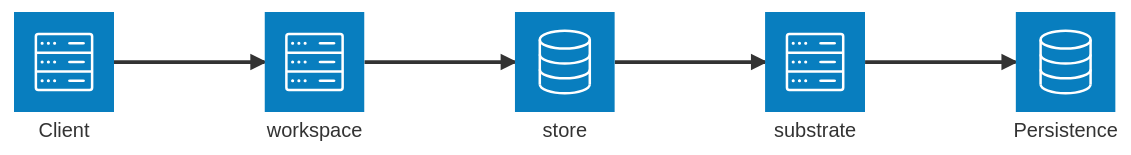
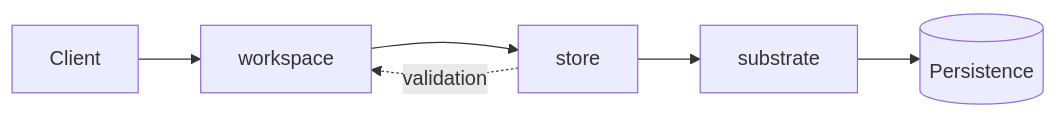
One commit to Gubbi/pari changed the fourth of 7 diagrams in docs/design/framework.md. Above: the diagram before and after it, drawn with Mermaid. The commit also changed other lines of this file and 2 other files, not shown here.

````diff
--- a/docs/design/framework.md
+++ b/docs/design/framework.md
@@ -82,13 +82,14 @@
 ```mermaid
-architecture-beta
-    service client(server)[Client]
-    service workspace(server)[workspace]
-    service store(database)[store]
-    service substrate(server)[substrate]
-    service persistence(database)[Persistence]
+flowchart LR
+    client[Client]
+    workspace[workspace]
+    store[store]
+    substrate[substrate]
+    persistence[(Persistence)]
 
-    client:R --> L:workspace
-    workspace:R --> L:store
-    store:R --> L:substrate
-    substrate:R --> L:persistence
+    client --> workspace
+    workspace --> store
+    store --> substrate
+    substrate --> persistence
+    store -.->|validation| workspace
 ```
````
